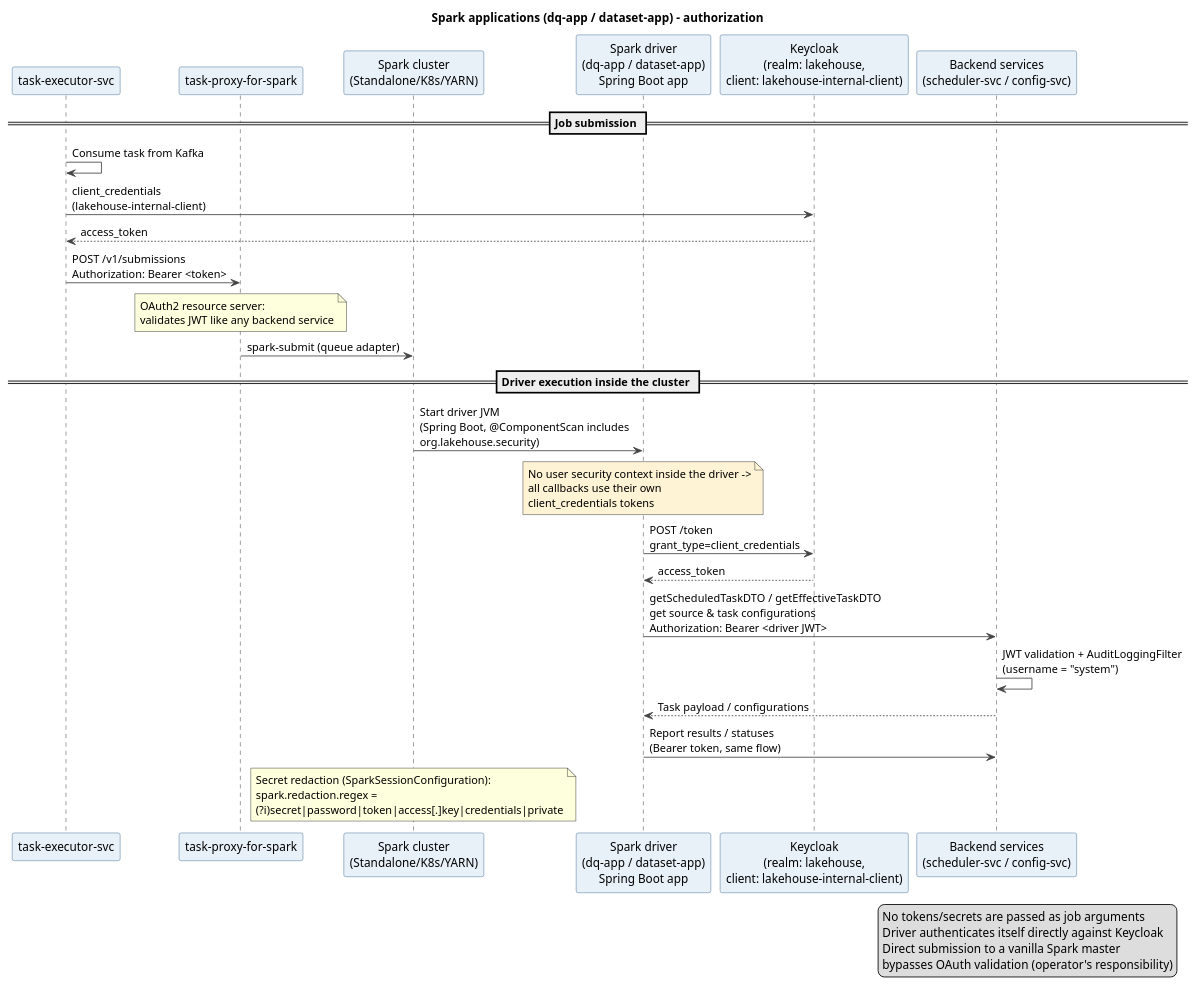
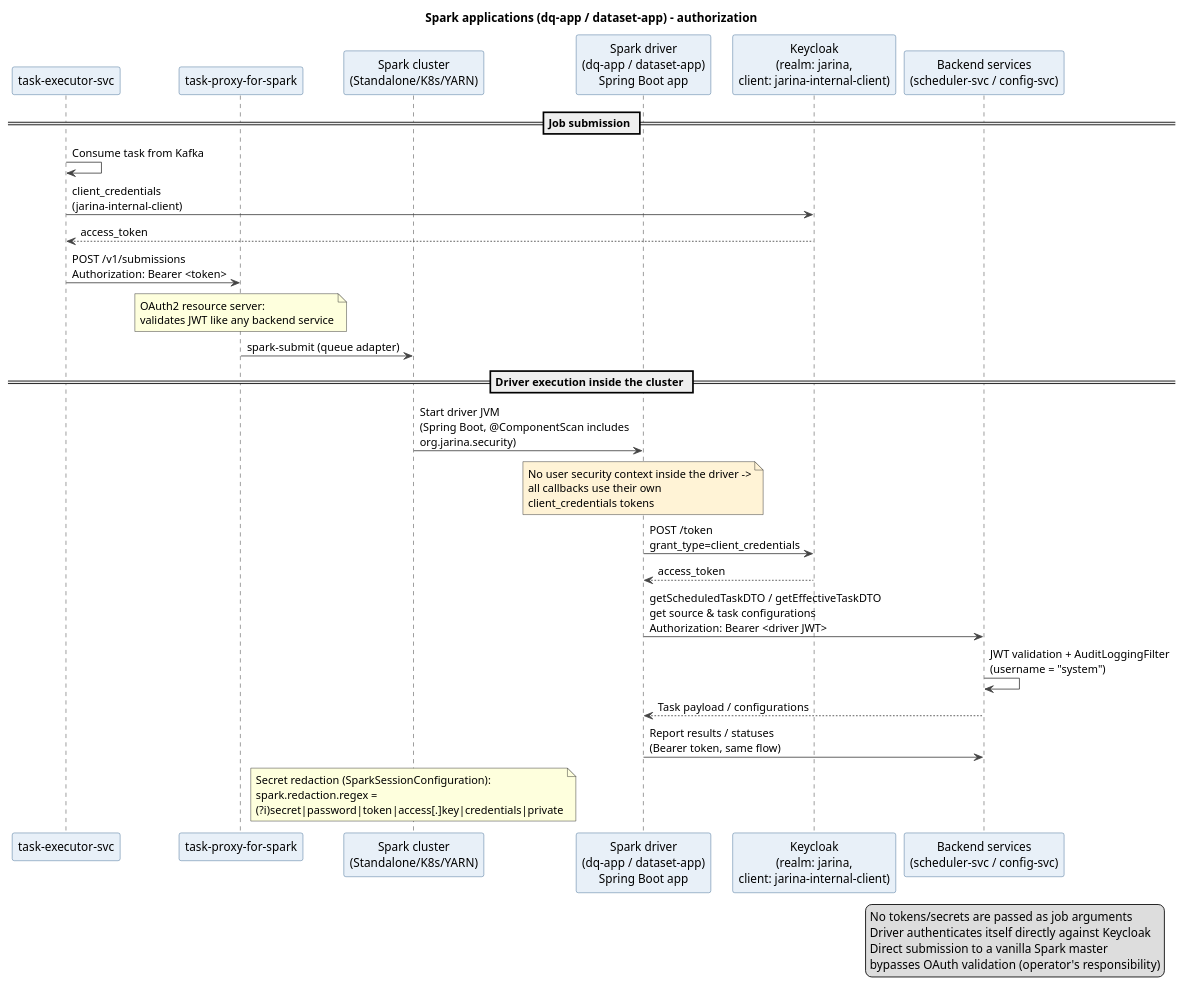
The diagram in doc/security/spark-apps-security.puml (zaytsevdmitry/lakehouse), drawn with PlantUML before and after one commit. The commit also changed 2462 other files, not shown here.

```diff
--- a/doc/security/spark-apps-security.puml
+++ b/doc/security/spark-apps-security.puml
@@ -1,57 +1,57 @@
 @startuml spark-apps-security
 title Spark applications (dq-app / dataset-app) - authorization
 
 skinparam sequence {
     ArrowColor #444444
     ActorBorderColor #2C5D8A
     LifeCycleBorderColor #2C5D8A
     ParticipantBorderColor #2C5D8A
     ParticipantBackgroundColor #E8F0F8
 }
 
 participant "task-executor-svc" as TE
 participant "task-proxy-for-spark" as PX
 participant "Spark cluster\n(Standalone/K8s/YARN)" as SC
 participant "Spark driver\n(dq-app / dataset-app)\nSpring Boot app" as DR
-participant "Keycloak\n(realm: lakehouse,\nclient: lakehouse-internal-client)" as KC
+participant "Keycloak\n(realm: jarina,\nclient: jarina-internal-client)" as KC
 participant "Backend services\n(scheduler-svc / config-svc)" as BE
 
 == Job submission ==
 
 TE -> TE : Consume task from Kafka
-TE -> KC : client_credentials\n(lakehouse-internal-client)
+TE -> KC : client_credentials\n(jarina-internal-client)
 KC --> TE : access_token
 TE -> PX : POST /v1/submissions\nAuthorization: Bearer <token>
 note over PX : OAuth2 resource server:\nvalidates JWT like any backend service
 PX -> SC : spark-submit (queue adapter)
 
 == Driver execution inside the cluster ==
 
-SC -> DR : Start driver JVM\n(Spring Boot, @ComponentScan includes\norg.lakehouse.security)
+SC -> DR : Start driver JVM\n(Spring Boot, @ComponentScan includes\norg.jarina.security)
 note over DR #FFF3D6
     No user security context inside the driver ->
     all callbacks use their own
     client_credentials tokens
 end note
 
 DR -> KC : POST /token\ngrant_type=client_credentials
 KC --> DR : access_token
 DR -> BE : getScheduledTaskDTO / getEffectiveTaskDTO\nget source & task configurations\nAuthorization: Bearer <driver JWT>
 BE -> BE : JWT validation + AuditLoggingFilter\n(username = "system")
 BE --> DR : Task payload / configurations
 
 DR -> BE : Report results / statuses\n(Bearer token, same flow)
 
 note over SC
     Secret redaction (SparkSessionConfiguration):
     spark.redaction.regex =
     (?i)secret|password|token|access[.]key|credentials|private
 end note
 
 legend right
     No tokens/secrets are passed as job arguments
     Driver authenticates itself directly against Keycloak
     Direct submission to a vanilla Spark master
     bypasses OAuth validation (operator's responsibility)
 end legend
 @enduml
```
